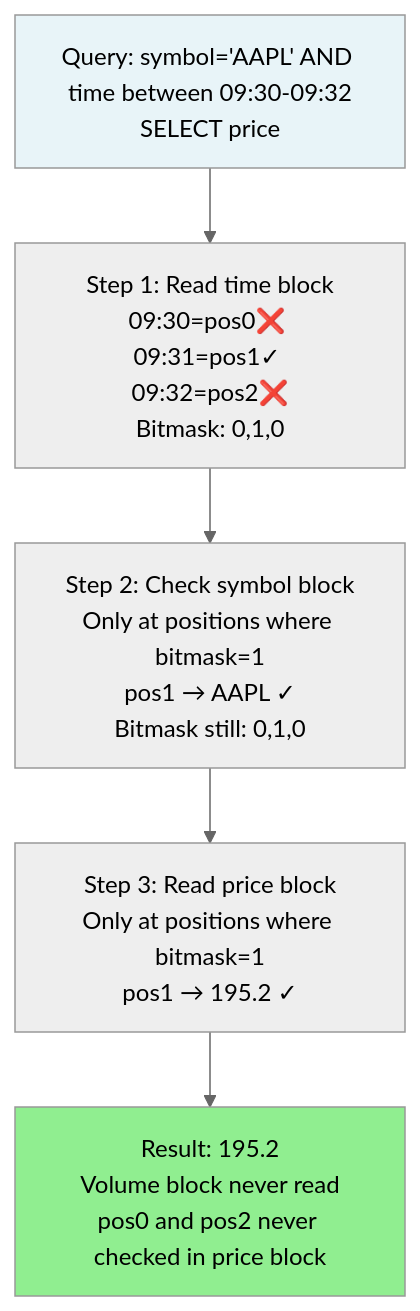
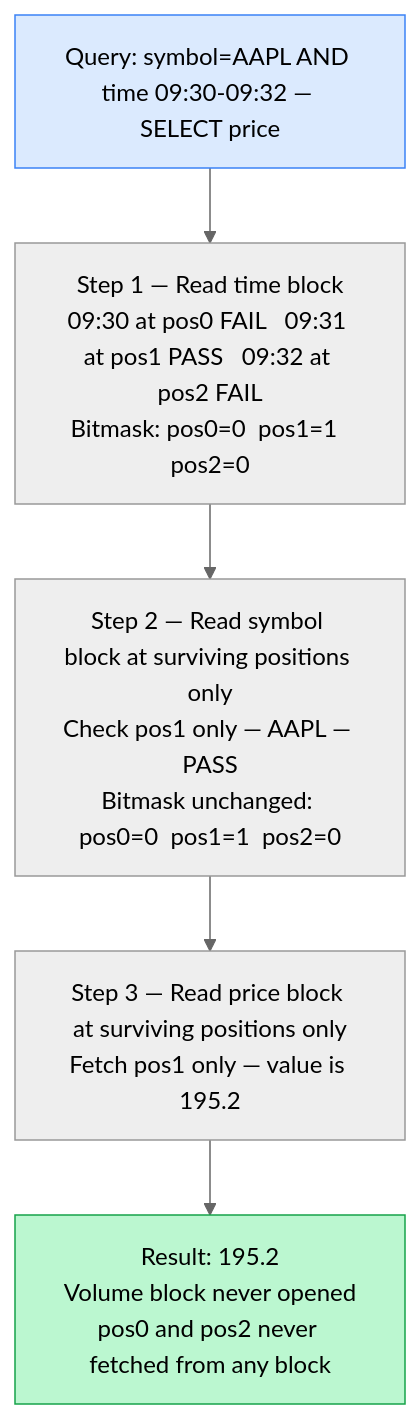
The fourth of 8 diagrams in DB/TimeScaleDb.md (mjameer/RareLearning), drawn with Mermaid (neutral theme) before and after one commit. The commit also changed other lines of this file, not shown here.

````diff
--- a/DB/TimeScaleDb.md
+++ b/DB/TimeScaleDb.md
@@ -364,11 +359,13 @@
 ```mermaid
 flowchart TD
-    A["Query: symbol='AAPL' AND time between 09:30-09:32\nSELECT price"] 
-    A --> B["Step 1: Read time block\n09:30=pos0❌ 09:31=pos1✓ 09:32=pos2❌\nBitmask: 0,1,0"]
-    B --> C["Step 2: Check symbol block\nOnly at positions where bitmask=1\npos1 → AAPL ✓\nBitmask still: 0,1,0"]
-    C --> D["Step 3: Read price block\nOnly at positions where bitmask=1\npos1 → 195.2 ✓"]
-    D --> E["Result: 195.2\nVolume block never read\npos0 and pos2 never checked in price block"]
+    A["Query: symbol=AAPL AND time 09:30-09:32 — SELECT price"]
+    B["Step 1 — Read time block\n09:30 at pos0 FAIL   09:31 at pos1 PASS   09:32 at pos2 FAIL\nBitmask: pos0=0  pos1=1  pos2=0"]
+    C["Step 2 — Read symbol block at surviving positions only\nCheck pos1 only — AAPL — PASS\nBitmask unchanged: pos0=0  pos1=1  pos2=0"]
+    D["Step 3 — Read price block at surviving positions only\nFetch pos1 only — value is 195.2"]
+    E["Result: 195.2\nVolume block never opened\npos0 and pos2 never fetched from any block"]
 
-    style A fill:#e8f4f8
-    style E fill:#90EE90
+    A --> B --> C --> D --> E
+
+    style A fill:#dbeafe,stroke:#3b82f6
+    style E fill:#bbf7d0,stroke:#16a34a
 ```
````
